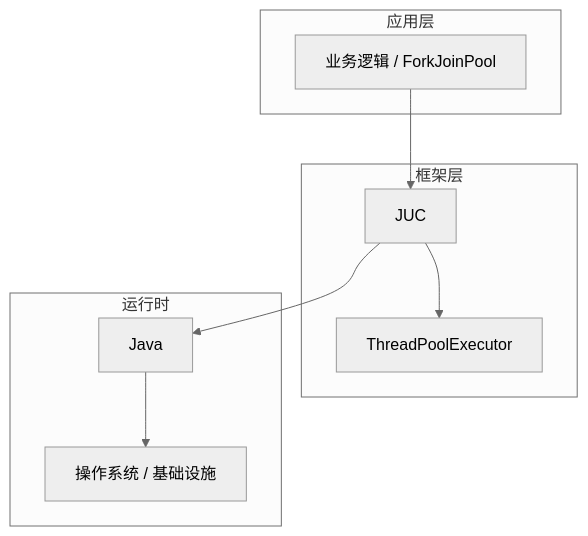
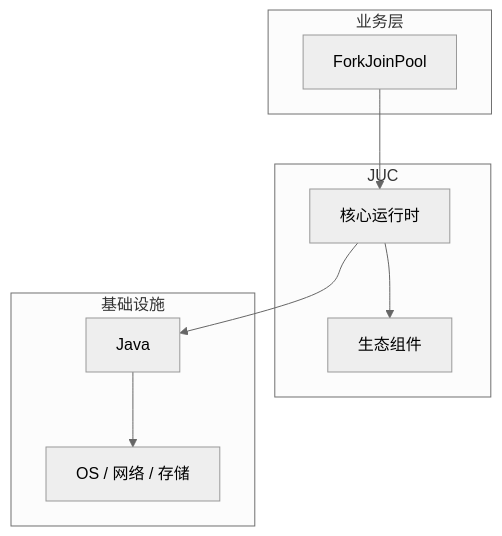
The diagram in articles/Java并发/chapters/097-ForkJoinPool核心概念与原理.md (yanggan2015/knowledge-json-v2), drawn with Mermaid (neutral theme) before and after one commit. The commit also changed other lines of this file and 10127 other files, not shown here.

````diff
--- a/articles/Java并发/chapters/097-ForkJoinPool核心概念与原理.md
+++ b/articles/Java并发/chapters/097-ForkJoinPool核心概念与原理.md
@@ -45,18 +34,18 @@
 ```mermaid
 graph TB
-    subgraph 应用层
-        A[业务逻辑 / ForkJoinPool]
+    subgraph 业务层
+        A[ForkJoinPool]
     end
-    subgraph 框架层
-        B[JUC]
-        C[ThreadPoolExecutor]
+    subgraph JUC
+        B[核心运行时]
+        C[生态组件]
     end
-    subgraph 运行时
+    subgraph 基础设施
         D[Java]
-        E[操作系统 / 基础设施]
+        E[OS / 网络 / 存储]
     end
     A --> B
     B --> C
     B --> D
     D --> E
 ```
````
